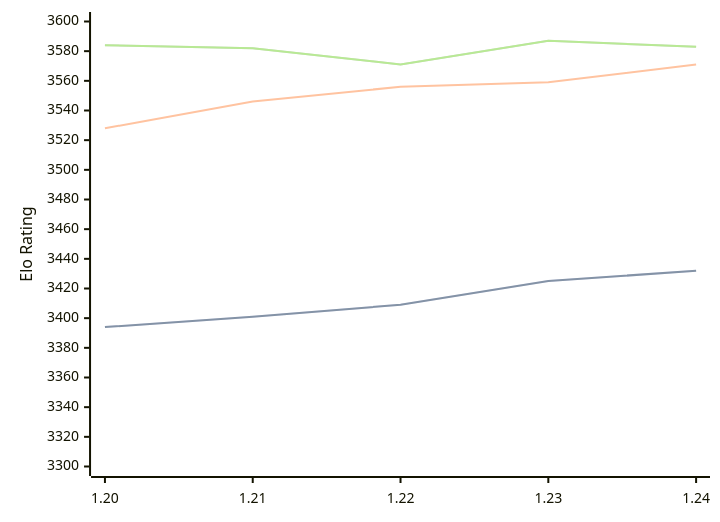
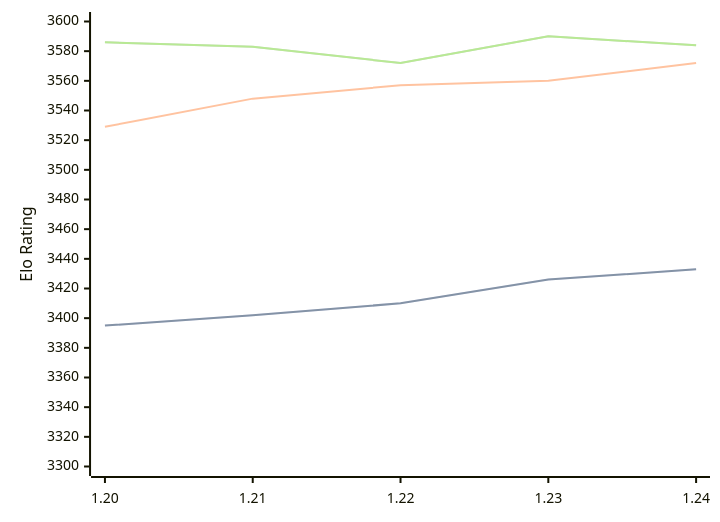
The diagram in engines/Caissa.md (computer-chess-index/cci), drawn with Mermaid before and after one commit. The commit also changed other lines of this file, not shown here.

Commit message:
Update CCI Ratings (ELO VLTC) - 2026-02-21

````diff
--- a/engines/Caissa.md
+++ b/engines/Caissa.md
@@ -61,11 +61,11 @@
 ```mermaid
 %%{init: {"theme":"base","themeVariables":{"seriesColors:['#a3a3a3','#222221','#faa371']}}}%%
 xychart-beta
   x-axis ["1.20", "1.21", "1.22", "1.23", "1.24"]
   y-axis "Elo Rating" 3300 --> 3600
-  line "STC (8.0+0.08s)" [3394, 3401, 3409, 3425, 3432]
-  line "STC (8.0+0.08s)" [3394, 3401, 3409, 3425, 3432]
-  line "LTC (60.0+0.60s)" [3528, 3546, 3556, 3559, 3571]
-  line "VLTC (2m24s+1.12s)" [3584, 3582, 3571, 3587, 3583]
-  line "VLTC (2m24s+1.12s)" [3584, 3582, 3571, 3587, 3583]
+  line "STC (8.0+0.08s)" [3395, 3402, 3410, 3426, 3433]
+  line "STC (8.0+0.08s)" [3395, 3402, 3410, 3426, 3433]
+  line "LTC (60.0+0.60s)" [3529, 3548, 3557, 3560, 3572]
+  line "VLTC (2m24s+1.12s)" [3586, 3583, 3572, 3590, 3584]
+  line "VLTC (2m24s+1.12s)" [3586, 3583, 3572, 3590, 3584]
 ```
````
